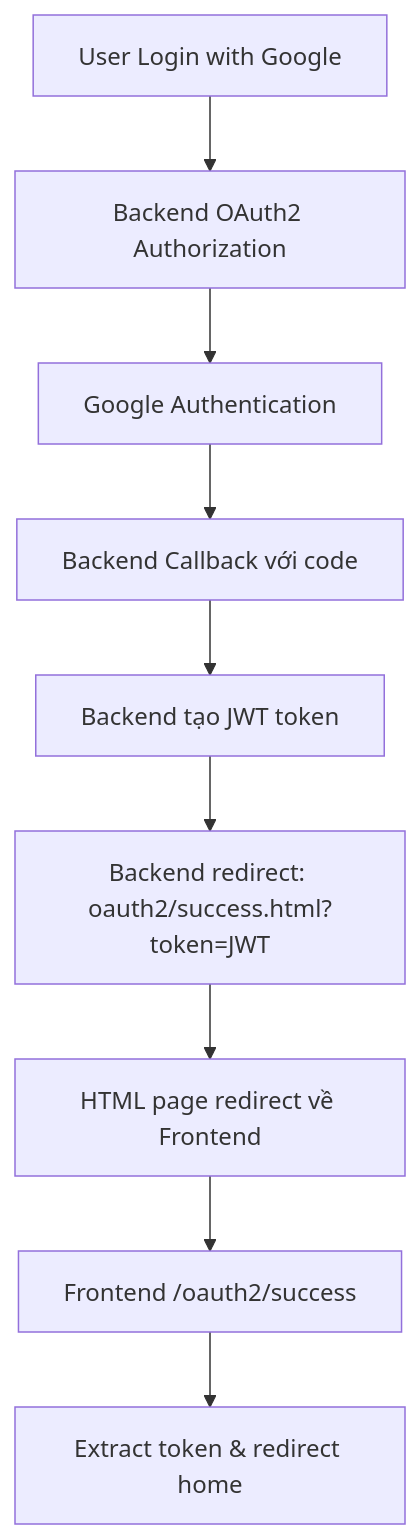
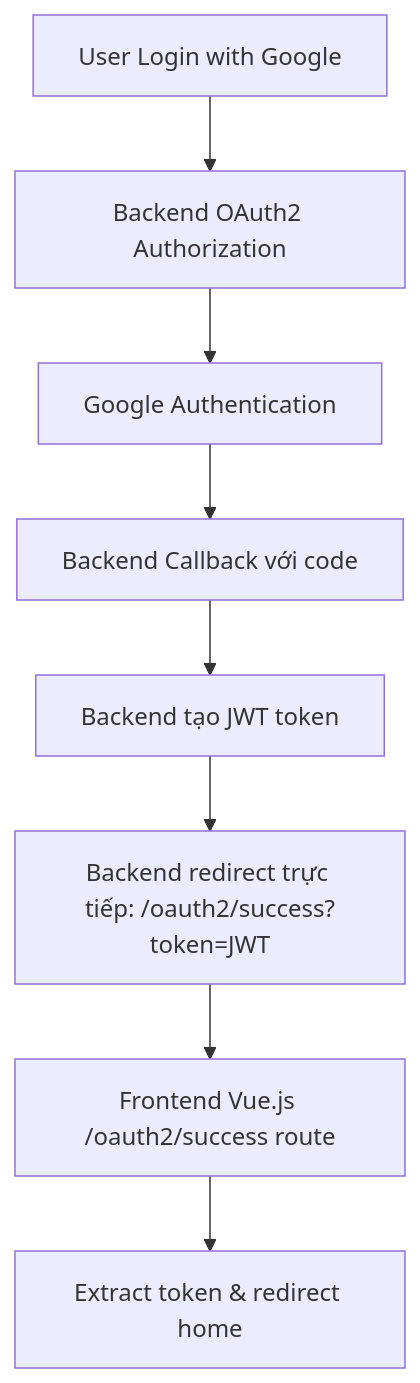
One commit to vvqhuy1999/Easymart changed the diagram in OAUTH2_SETUP.md. Above: the diagram before and after it, drawn with Mermaid. The commit also changed other lines of this file and 15 other files, not shown here.

````diff
--- a/OAUTH2_SETUP.md
+++ b/OAUTH2_SETUP.md
@@ -339,11 +326,10 @@
 ```mermaid
 graph TD
     A[User Login with Google] --> B[Backend OAuth2 Authorization]
     B --> C[Google Authentication] 
     C --> D[Backend Callback với code]
     D --> E[Backend tạo JWT token]
-    E --> F[Backend redirect: oauth2/success.html?token=JWT]
-    F --> G[HTML page redirect về Frontend]
-    G --> H[Frontend /oauth2/success]
-    H --> I[Extract token & redirect home]
+    E --> F[Backend redirect trực tiếp: /oauth2/success?token=JWT]
+    F --> G[Frontend Vue.js /oauth2/success route]
+    G --> H[Extract token & redirect home]
 ```
````
